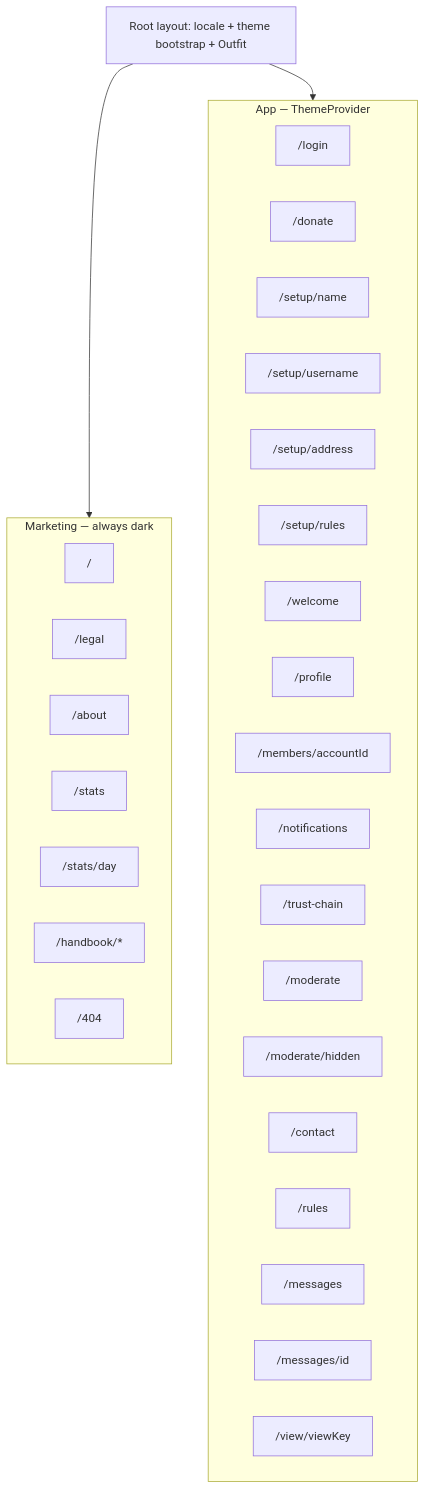
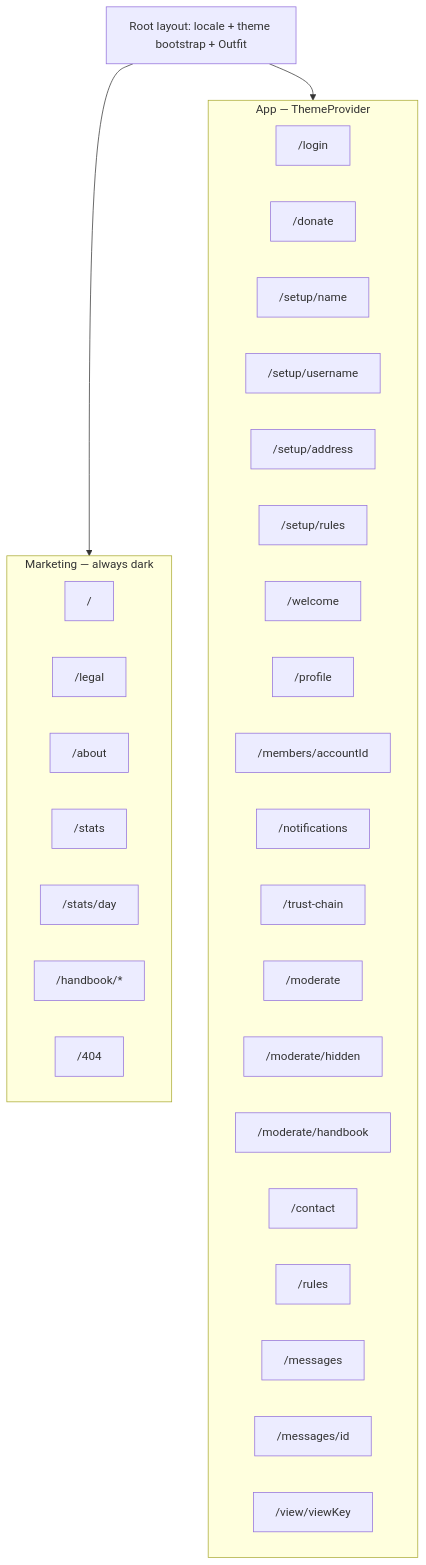
One commit to 21gifts/app changed the second of 3 diagrams in docs/ui.md. Above: the diagram before and after it, drawn with Mermaid. The commit also changed other lines of this file and 40 other files, not shown here.

First line of the commit message:
Add a staff handbook on /moderate

````diff
--- a/docs/ui.md
+++ b/docs/ui.md
@@ -337,35 +337,36 @@
 ```mermaid
 flowchart TB
   subgraph mkt [Marketing — always dark]
     R["/"]
     L["/legal"]
     A["/about"]
     S["/stats"]
     SD["/stats/day"]
     H["/handbook/*"]
     F["/404"]
   end
   subgraph app [App — ThemeProvider]
     LI["/login"]
     DO["/donate"]
     SN["/setup/name"]
     SU["/setup/username"]
     SA["/setup/address"]
     SR["/setup/rules"]
     W["/welcome"]
     P["/profile"]
     MEM["/members/accountId"]
     N["/notifications"]
     TC["/trust-chain"]
     MO["/moderate"]
     MOH["/moderate/hidden"]
+    MOHB["/moderate/handbook"]
     C["/contact"]
     RU["/rules"]
     IN["/messages"]
     MID["/messages/id"]
     V["/view/viewKey"]
   end
   root[Root layout: locale + theme bootstrap + Outfit]
   root --> mkt
   root --> app
 ```
````
